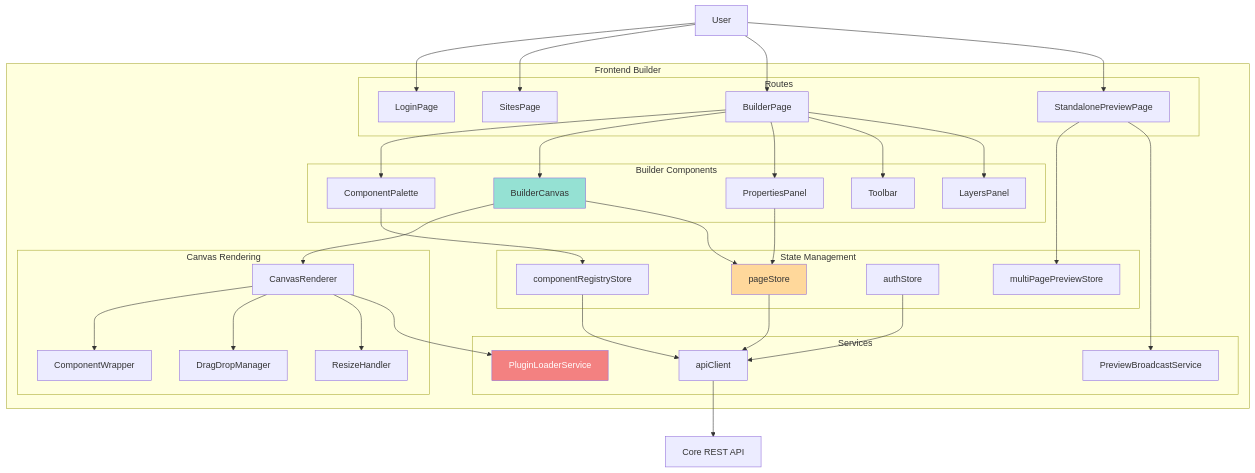
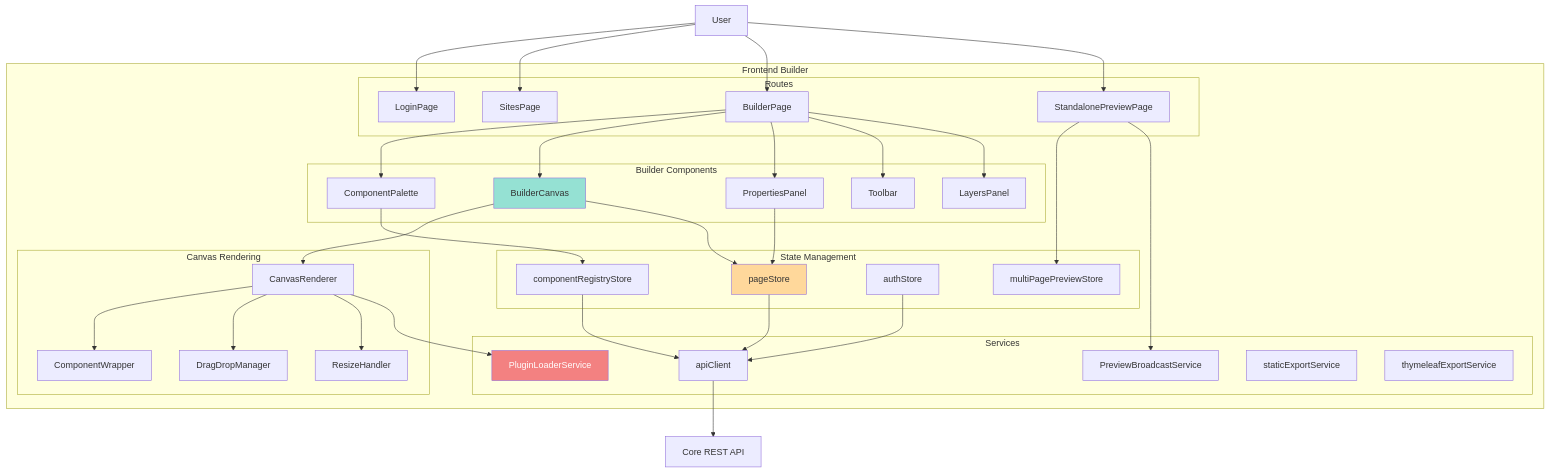
One commit to Visual-Site-Designer-VSD/visual-site-designer changed the third of 18 diagrams in docs/architecture/arc42/05-building-block-view.md. Above: the diagram before and after it, drawn with Mermaid. The commit also changed other lines of this file and 15 other files, not shown here.

````diff
--- a/docs/architecture/arc42/05-building-block-view.md
+++ b/docs/architecture/arc42/05-building-block-view.md
@@ -200,73 +207,75 @@
 ```mermaid
 graph TB
     subgraph "Frontend Builder"
         subgraph "Routes"
             LOGIN[LoginPage]
             SITES[SitesPage]
             BUILDER[BuilderPage]
             PREVIEW[StandalonePreviewPage]
         end
 
         subgraph "Builder Components"
             PALETTE[ComponentPalette]
             CANVAS[BuilderCanvas]
             PROPS[PropertiesPanel]
             TOOLBAR[Toolbar]
             LAYERS[LayersPanel]
         end
 
         subgraph "Canvas Rendering"
             CANVAS_RENDERER[CanvasRenderer]
             COMP_WRAPPER[ComponentWrapper]
             DND[DragDropManager]
             RESIZE[ResizeHandler]
         end
 
         subgraph "State Management"
             PAGE_STORE[pageStore]
             COMPONENT_STORE[componentRegistryStore]
             AUTH_STORE[authStore]
             PREVIEW_STORE[multiPagePreviewStore]
         end
 
         subgraph "Services"
             API_CLIENT[apiClient]
             PLUGIN_LOADER_SVC[PluginLoaderService]
             PREVIEW_BROADCAST[PreviewBroadcastService]
+            STATIC_EXPORT[staticExportService]
+            THYMELEAF_EXPORT[thymeleafExportService]
         end
 
         BUILDER --> PALETTE
         BUILDER --> CANVAS
         BUILDER --> PROPS
         BUILDER --> TOOLBAR
         BUILDER --> LAYERS
 
         CANVAS --> CANVAS_RENDERER
         CANVAS_RENDERER --> COMP_WRAPPER
         CANVAS_RENDERER --> DND
         CANVAS_RENDERER --> RESIZE
 
         PALETTE --> COMPONENT_STORE
         CANVAS --> PAGE_STORE
         PROPS --> PAGE_STORE
         PREVIEW --> PREVIEW_STORE
 
         COMPONENT_STORE --> API_CLIENT
         PAGE_STORE --> API_CLIENT
         AUTH_STORE --> API_CLIENT
 
         CANVAS_RENDERER --> PLUGIN_LOADER_SVC
         PREVIEW --> PREVIEW_BROADCAST
     end
 
     USER[User] --> LOGIN
     USER --> SITES
     USER --> BUILDER
     USER --> PREVIEW
 
     API_CLIENT --> CORE_API[Core REST API]
 
     style CANVAS fill:#95e1d3
     style PAGE_STORE fill:#ffd89b
     style PLUGIN_LOADER_SVC fill:#f38181,color:#fff
 ```
````
